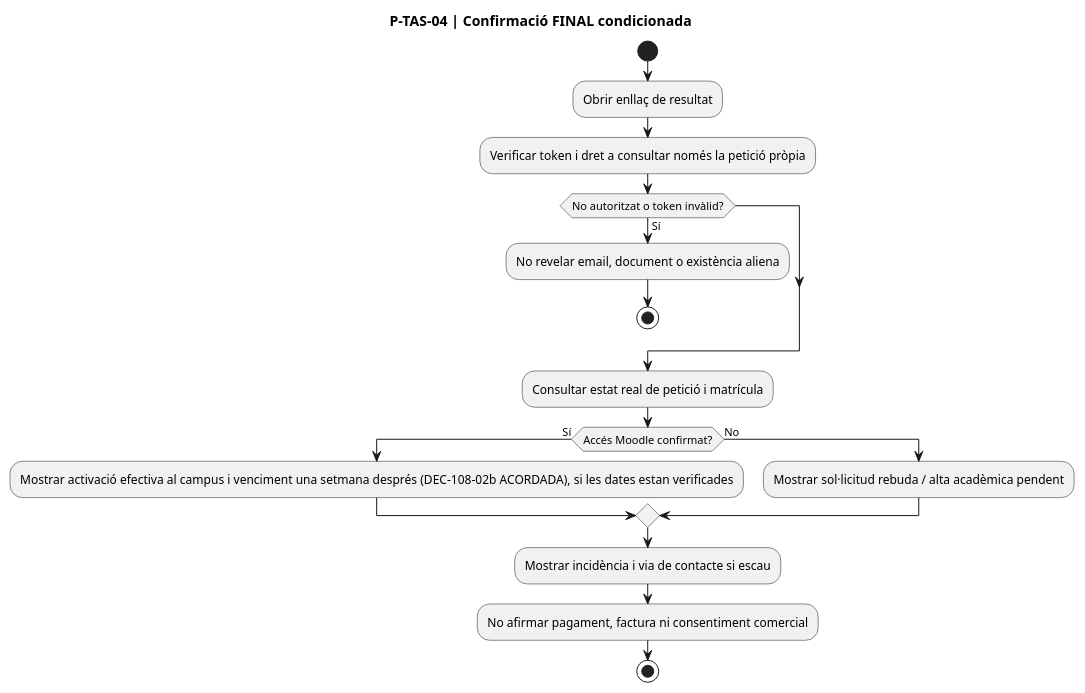
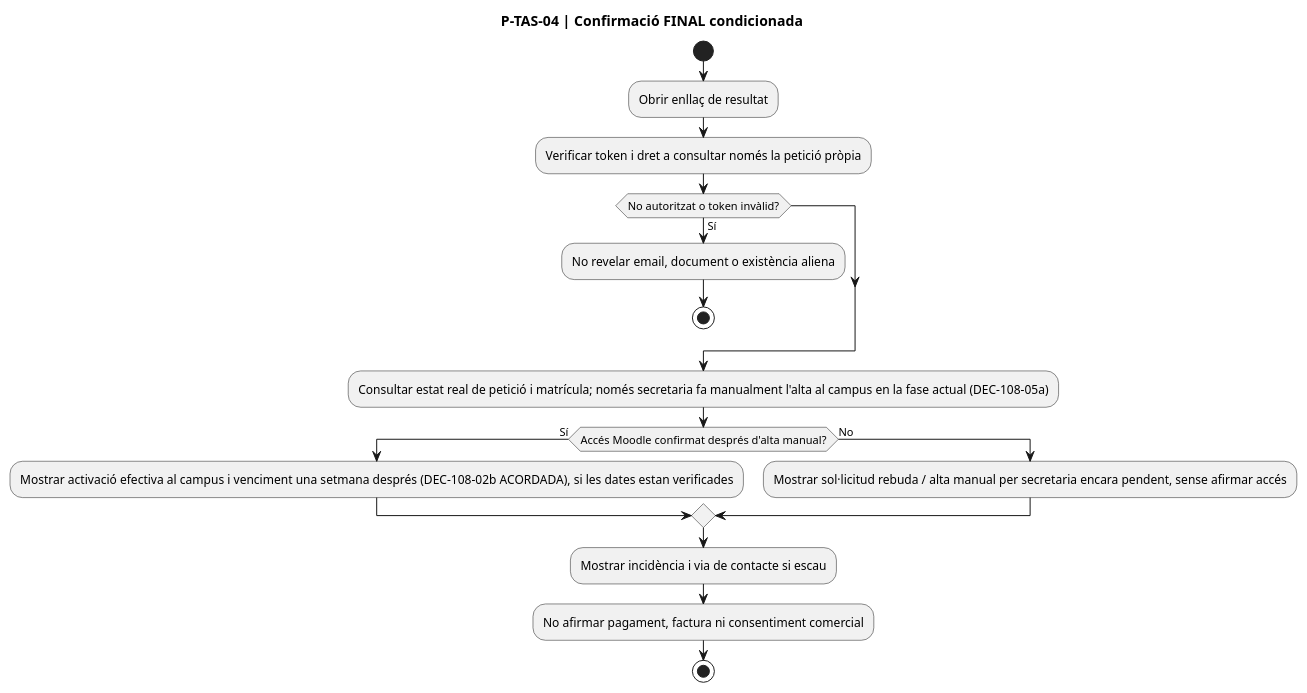
One commit to orgmeriemprismacat-del/verifactu changed diagram 28 of 32 in documentacio/07-uml-integrat/uc-108-activitats-pagines-tastets-actual-final.md. Above: the diagram before and after it, drawn with PlantUML. The commit also changed other lines of this file, not shown here.

Commit message:
docs(uml uc-108): reflect secretariat manual campus activation, 2027 automation future only

````diff
--- a/documentacio/07-uml-integrat/uc-108-activitats-pagines-tastets-actual-final.md
+++ b/documentacio/07-uml-integrat/uc-108-activitats-pagines-tastets-actual-final.md
@@ -703,21 +706,21 @@
 ```plantuml
 @startuml
 title P-TAS-04 | Confirmació FINAL condicionada
 start
 :Obrir enllaç de resultat;
 :Verificar token i dret a consultar només la petició pròpia;
 if (No autoritzat o token invàlid?) then (Sí)
   :No revelar email, document o existència aliena;
   stop
 endif
-:Consultar estat real de petició i matrícula;
-if (Accés Moodle confirmat?) then (Sí)
+:Consultar estat real de petició i matrícula; només secretaria fa manualment l'alta al campus en la fase actual (DEC-108-05a);
+if (Accés Moodle confirmat després d'alta manual?) then (Sí)
   :Mostrar activació efectiva al campus i venciment una setmana després (DEC-108-02b ACORDADA), si les dates estan verificades;
 else (No)
-  :Mostrar sol·licitud rebuda / alta acadèmica pendent;
+  :Mostrar sol·licitud rebuda / alta manual per secretaria encara pendent, sense afirmar accés;
 endif
 :Mostrar incidència i via de contacte si escau;
 :No afirmar pagament, factura ni consentiment comercial;
 stop
 @enduml
 ```
````
